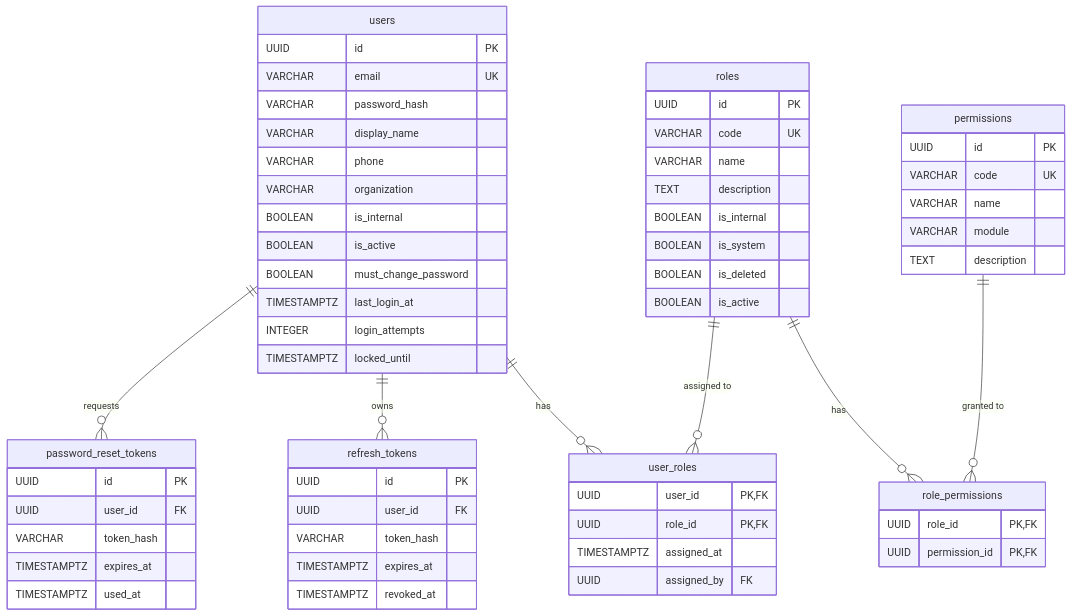
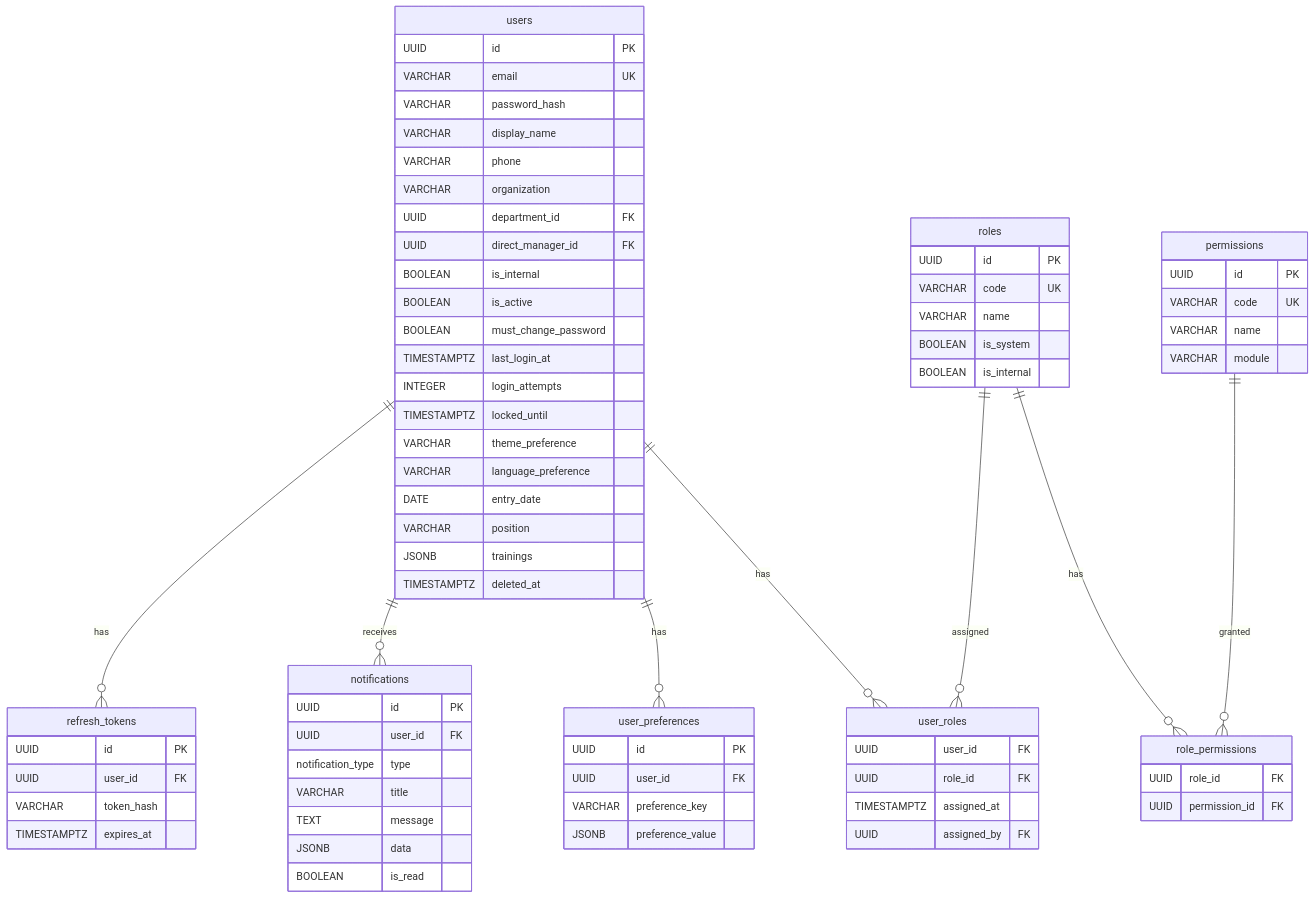
The second of 11 diagrams in Profiling_Spec/database_erd.md (delightening/ipig_system), drawn with Mermaid before and after one commit. The commit also changed other lines of this file and 71 other files, not shown here.

````diff
--- a/Profiling_Spec/database_erd.md
+++ b/Profiling_Spec/database_erd.md
@@ -56,12 +66,5 @@
 ```mermaid
 erDiagram
-    users ||--o{ user_roles : "has"
-    users ||--o{ refresh_tokens : "owns"
-    users ||--o{ password_reset_tokens : "requests"
-    roles ||--o{ user_roles : "assigned to"
-    roles ||--o{ role_permissions : "has"
-    permissions ||--o{ role_permissions : "granted to"
-    
     users {
         UUID id PK
         VARCHAR email UK
@@ -69,58 +72,78 @@
         VARCHAR display_name
         VARCHAR phone
         VARCHAR organization
+        UUID department_id FK
+        UUID direct_manager_id FK
         BOOLEAN is_internal
         BOOLEAN is_active
         BOOLEAN must_change_password
         TIMESTAMPTZ last_login_at
         INTEGER login_attempts
         TIMESTAMPTZ locked_until
+        VARCHAR theme_preference
+        VARCHAR language_preference
+        DATE entry_date
+        VARCHAR position
+        JSONB trainings
+        TIMESTAMPTZ deleted_at
     }
-    
+
     roles {
         UUID id PK
         VARCHAR code UK
         VARCHAR name
-        TEXT description
+        BOOLEAN is_system
         BOOLEAN is_internal
-        BOOLEAN is_system
-        BOOLEAN is_deleted
-        BOOLEAN is_active
     }
-    
+
     permissions {
         UUID id PK
         VARCHAR code UK
         VARCHAR name
         VARCHAR module
-        TEXT description
     }
-    
+
     user_roles {
-        UUID user_id PK,FK
-        UUID role_id PK,FK
+        UUID user_id FK
+        UUID role_id FK
         TIMESTAMPTZ assigned_at
         UUID assigned_by FK
     }
-    
+
     role_permissions {
-        UUID role_id PK,FK
-        UUID permission_id PK,FK
+        UUID role_id FK
+        UUID permission_id FK
     }
-    
+
+    user_preferences {
+        UUID id PK
+        UUID user_id FK
+        VARCHAR preference_key
+        JSONB preference_value
+    }
+
+    notifications {
+        UUID id PK
+        UUID user_id FK
+        notification_type type
+        VARCHAR title
+        TEXT message
+        JSONB data
+        BOOLEAN is_read
+    }
+
     refresh_tokens {
         UUID id PK
         UUID user_id FK
         VARCHAR token_hash
         TIMESTAMPTZ expires_at
-        TIMESTAMPTZ revoked_at
     }
-    
-    password_reset_tokens {
-        UUID id PK
-        UUID user_id FK
-        VARCHAR token_hash
-        TIMESTAMPTZ expires_at
-        TIMESTAMPTZ used_at
-    }
+
+    users ||--o{ user_roles : has
+    users ||--o{ user_preferences : has
+    roles ||--o{ user_roles : assigned
+    roles ||--o{ role_permissions : has
+    permissions ||--o{ role_permissions : granted
+    users ||--o{ notifications : receives
+    users ||--o{ refresh_tokens : has
 ```
````
